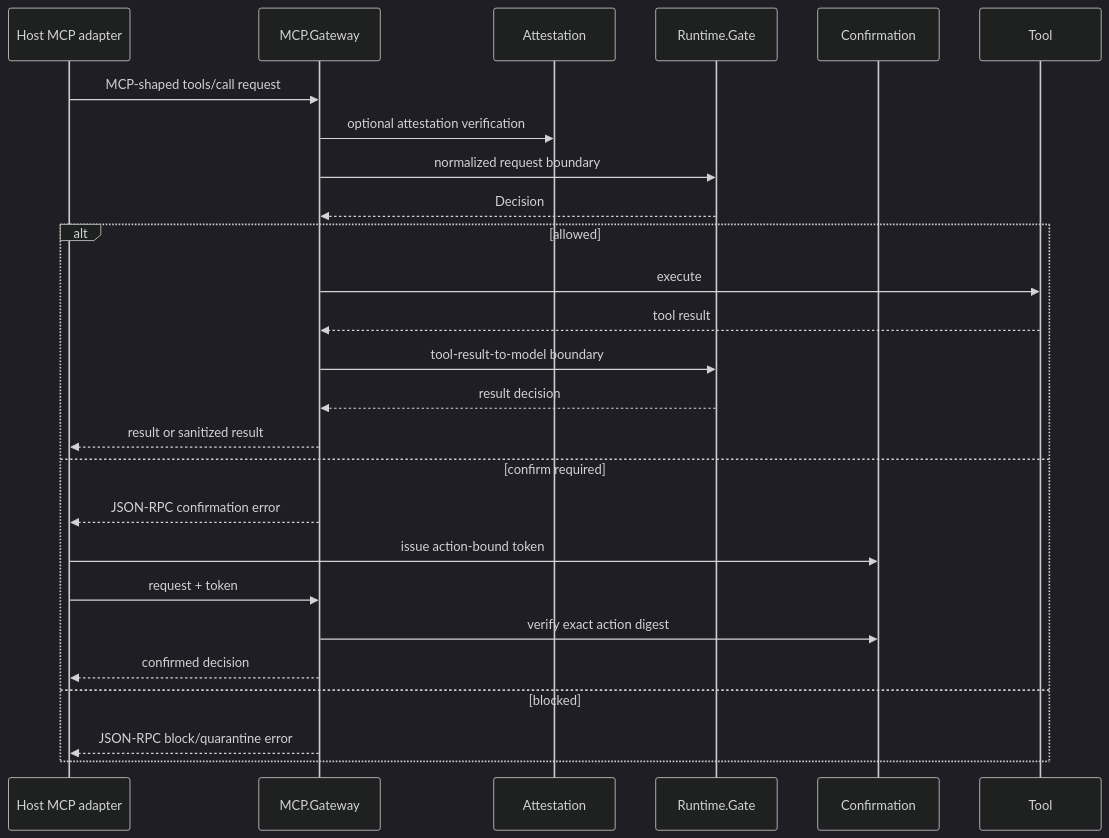
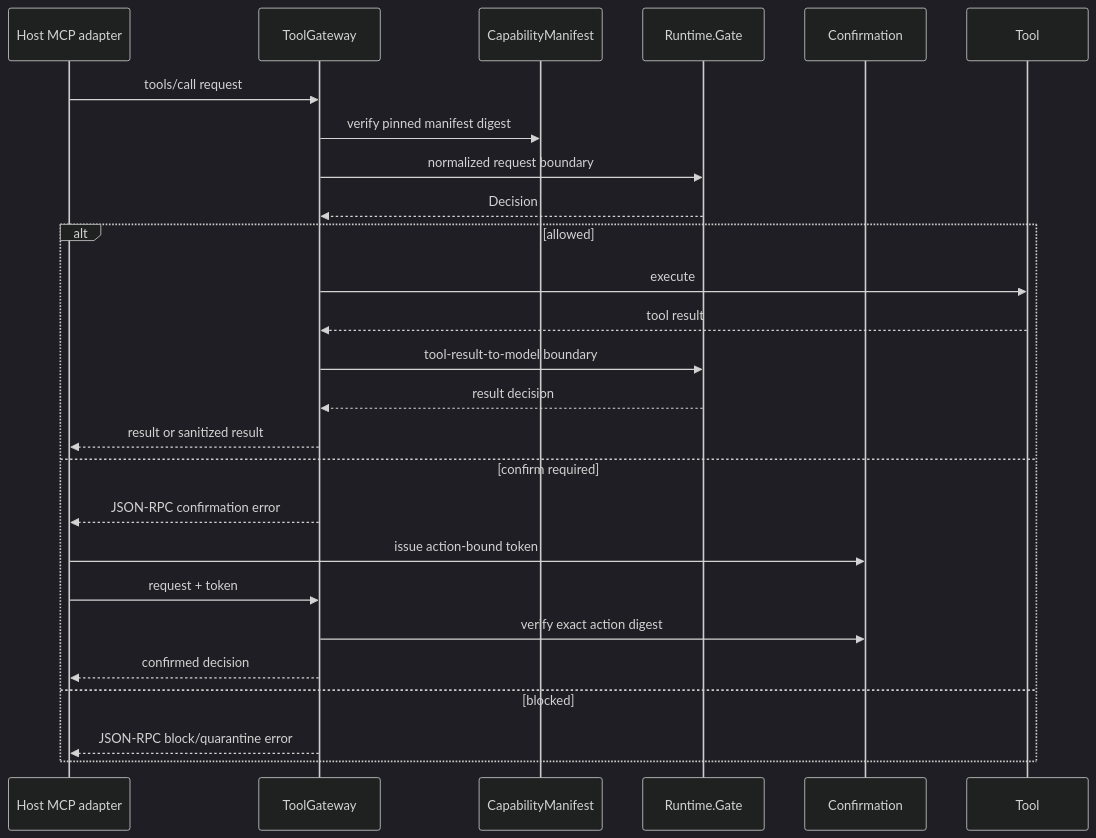
One commit to futhr/sigil_guard changed the fourth of 5 diagrams in docs/README.md. Above: the diagram before and after it, drawn with Mermaid (dark theme). The commit also changed other lines of this file and 1 other file, not shown here.

Commit message:
docs(readme): present the shipped v3 product and self-contained architecture index

````diff
--- a/docs/README.md
+++ b/docs/README.md
@@ -119,29 +124,29 @@
 ```mermaid
 sequenceDiagram
     participant Adapter as Host MCP adapter
-    participant Gateway as MCP.Gateway
-    participant Attest as Attestation
+    participant Gateway as ToolGateway
+    participant Manifest as CapabilityManifest
     participant Gate as Runtime.Gate
     participant Confirm as Confirmation
     participant Tool
 
-    Adapter->>Gateway: MCP-shaped tools/call request
-    Gateway->>Attest: optional attestation verification
+    Adapter->>Gateway: tools/call request
+    Gateway->>Manifest: verify pinned manifest digest
     Gateway->>Gate: normalized request boundary
     Gate-->>Gateway: Decision
     alt allowed
         Gateway->>Tool: execute
         Tool-->>Gateway: tool result
         Gateway->>Gate: tool-result-to-model boundary
         Gate-->>Gateway: result decision
         Gateway-->>Adapter: result or sanitized result
     else confirm required
         Gateway-->>Adapter: JSON-RPC confirmation error
         Adapter->>Confirm: issue action-bound token
         Adapter->>Gateway: request + token
         Gateway->>Confirm: verify exact action digest
         Gateway-->>Adapter: confirmed decision
     else blocked
         Gateway-->>Adapter: JSON-RPC block/quarantine error
     end
 ```
````
